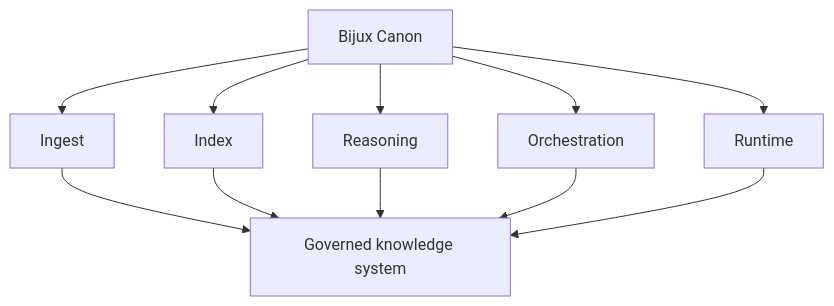
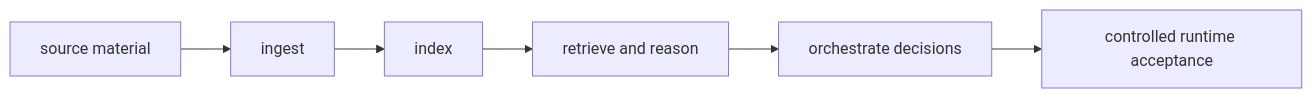
The first of 2 diagrams in docs/02-projects/bijux-canon/index.md (bijux/bijux.github.io), drawn with Mermaid before and after one commit. The commit also changed other lines of this file, not shown here.

Commit message:
docs(projects): redraw canon knowledge flow

````diff
--- a/docs/02-projects/bijux-canon/index.md
+++ b/docs/02-projects/bijux-canon/index.md
@@ -40,14 +40,8 @@
 ```mermaid
-graph TD
-    canon["Bijux Canon"] --> ingest["Ingest"]
-    canon --> index["Index"]
-    canon --> reasoning["Reasoning"]
-    canon --> orchestration["Orchestration"]
-    canon --> runtime["Runtime"]
-
-    ingest --> system["Governed knowledge system"]
-    index --> system
-    reasoning --> system
-    orchestration --> system
-    runtime --> system
+graph LR
+    sources["source material"] --> ingest["ingest"]
+    ingest --> index["index"]
+    index --> reasoning["retrieve and reason"]
+    reasoning --> orchestration["orchestrate decisions"]
+    orchestration --> runtime["controlled runtime acceptance"]
 ```
````
